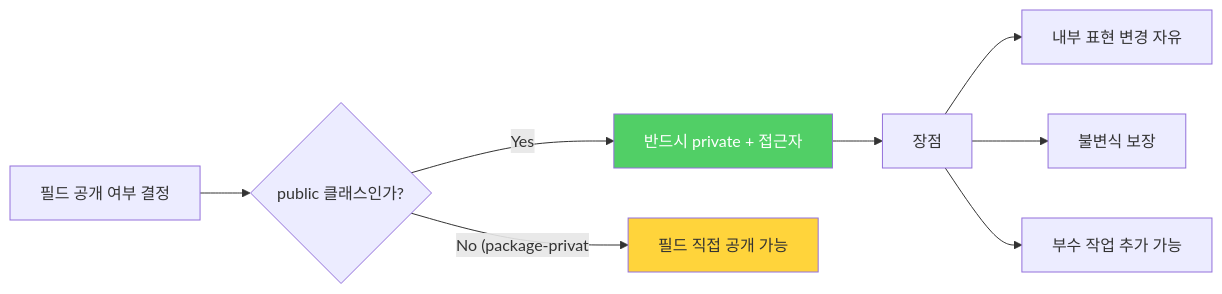
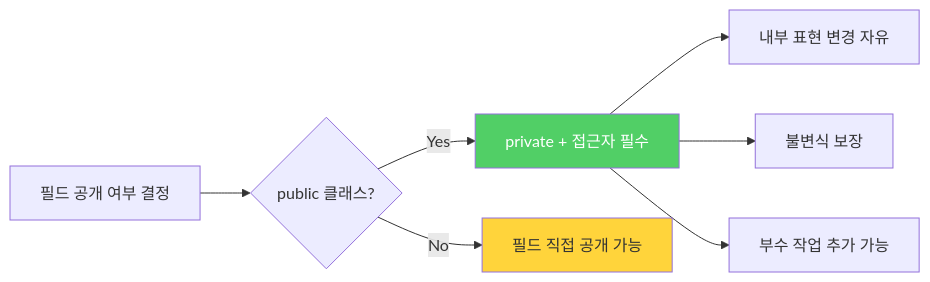
Before and after one commit to yjkim2015/yjkim2015.github.io: the second of 2 diagrams in _posts/java/2022-01-03-effective-java16.md, drawn with Mermaid. The commit also changed other lines of this file and 245 other files, not shown here.

First line of the commit message:
Mermaid 다이어그램 전면 수정 + 면접 포인트 접기/펼치기 + DB 데드락 페이지

````diff
--- a/_posts/java/2022-01-03-effective-java16.md
+++ b/_posts/java/2022-01-03-effective-java16.md
@@ -152,12 +151,11 @@
 ```mermaid
 graph LR
-    A["필드 공개 여부 결정"] --> B{"public 클래스인가?"}
-    B -->|"Yes"| C["반드시 private + 접근자"]
-    B -->|"No (package-privat"| D["필드 직접 공개 가능"]
-    C --> E["장점"]
-    E --> E1["내부 표현 변경 자유"]
-    E --> E2["불변식 보장"]
-    E --> E3["부수 작업 추가 가능"]
+    A["필드 공개 여부 결정"] --> B{"public 클래스?"}
+    B -->|"Yes"| C["private + 접근자 필수"]
+    B -->|"No"| D["필드 직접 공개 가능"]
+    C --> E1["내부 표현 변경 자유"]
+    C --> E2["불변식 보장"]
+    C --> E3["부수 작업 추가 가능"]
     style C fill:#51cf66,color:#fff
     style D fill:#ffd43b
 ```
````
